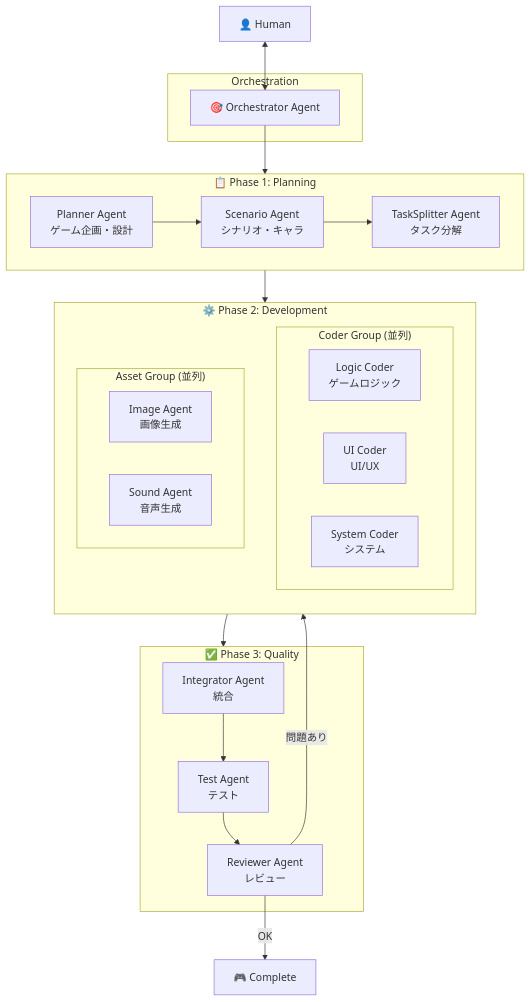
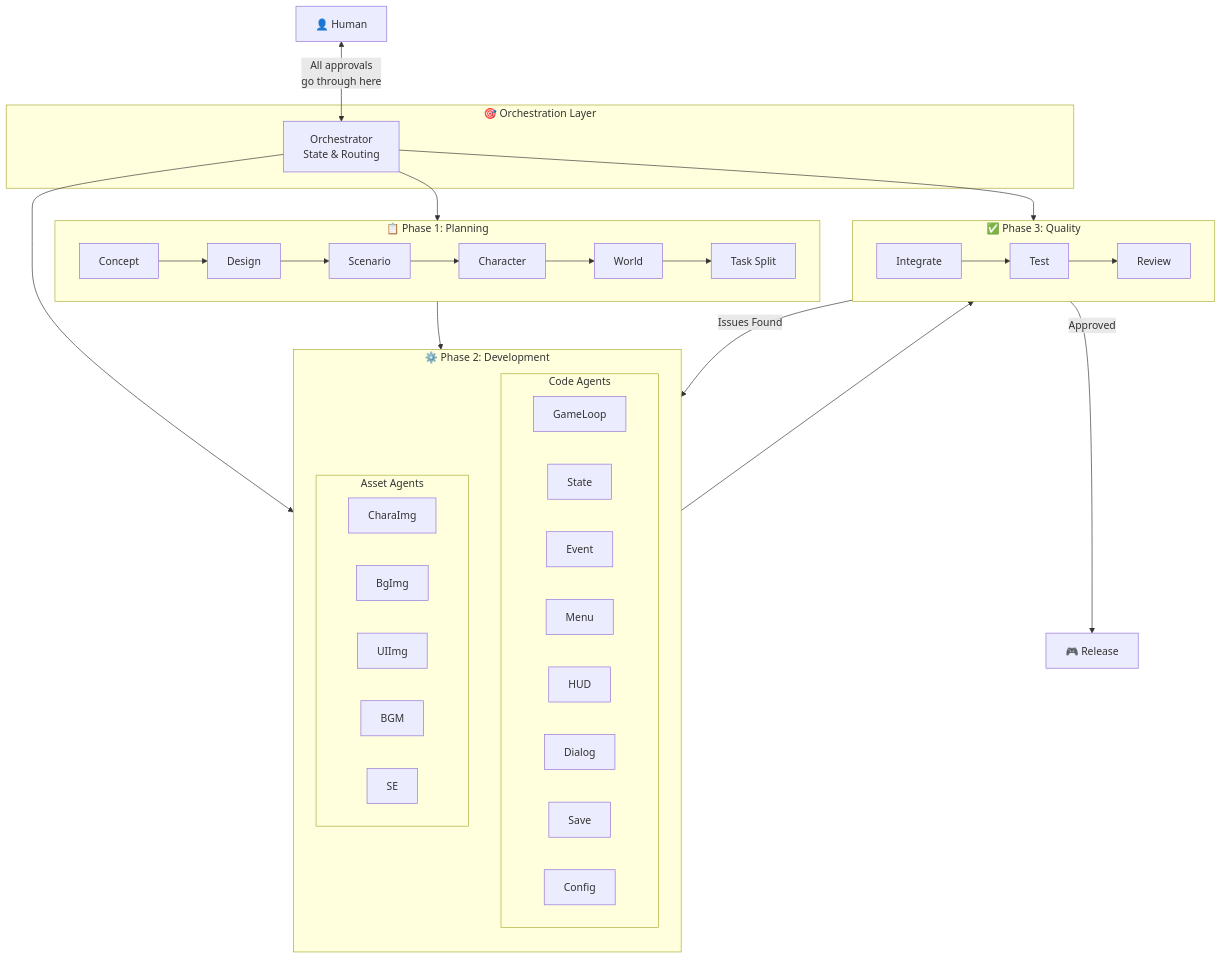
The first of 7 diagrams in langgraph/ARCHITECTURE.md (new-sankaku/toybox), drawn with Mermaid before and after one commit. The commit also changed other lines of this file, not shown here.

First line of the commit message:
Refine LangGraph architecture with fine-grained agents and explicit human checkpoints

````diff
--- a/langgraph/ARCHITECTURE.md
+++ b/langgraph/ARCHITECTURE.md
@@ -5,48 +21,50 @@
 ```mermaid
 flowchart TB
     Human["👤 Human"]
 
-    subgraph Orchestration
-        Orch["🎯 Orchestrator Agent"]
+    subgraph Orchestration["🎯 Orchestration Layer"]
+        Orch["Orchestrator<br/>State & Routing"]
     end
 
-    Human <--> Orch
+    Human <-->|"All approvals<br/>go through here"| Orch
+
+    Orch --> Phase1
+    Orch --> Phase2
+    Orch --> Phase3
 
     subgraph Phase1["📋 Phase 1: Planning"]
-        Planner["Planner Agent<br/>ゲーム企画・設計"]
-        Scenario["Scenario Agent<br/>シナリオ・キャラ"]
-        TaskSplitter["TaskSplitter Agent<br/>タスク分解"]
-
-        Planner --> Scenario --> TaskSplitter
+        direction LR
+        P1["Concept"] --> P2["Design"] --> P3["Scenario"] --> P4["Character"] --> P5["World"] --> P6["Task Split"]
     end
 
     subgraph Phase2["⚙️ Phase 2: Development"]
         direction TB
-
-        subgraph Coders["Coder Group (並列)"]
-            Logic["Logic Coder<br/>ゲームロジック"]
-            UI["UI Coder<br/>UI/UX"]
-            System["System Coder<br/>システム"]
+        subgraph CodeGroup["Code Agents"]
+            C1["GameLoop"]
+            C2["State"]
+            C3["Event"]
+            C4["Menu"]
+            C5["HUD"]
+            C6["Dialog"]
+            C7["Save"]
+            C8["Config"]
         end
-
-        subgraph Assets["Asset Group (並列)"]
-            Image["Image Agent<br/>画像生成"]
-            Sound["Sound Agent<br/>音声生成"]
+        subgraph AssetGroup["Asset Agents"]
+            A1["CharaImg"]
+            A2["BgImg"]
+            A3["UIImg"]
+            A4["BGM"]
+            A5["SE"]
         end
     end
 
     subgraph Phase3["✅ Phase 3: Quality"]
-        Integrator["Integrator Agent<br/>統合"]
-        Test["Test Agent<br/>テスト"]
-        Reviewer["Reviewer Agent<br/>レビュー"]
-
-        Integrator --> Test --> Reviewer
+        direction LR
+        Q1["Integrate"] --> Q2["Test"] --> Q3["Review"]
     end
 
-    Orch --> Phase1
     Phase1 --> Phase2
     Phase2 --> Phase3
-
-    Reviewer -->|"問題あり"| Phase2
-    Reviewer -->|"OK"| Done["🎮 Complete"]
+    Phase3 -->|"Issues Found"| Phase2
+    Phase3 -->|"Approved"| Done["🎮 Release"]
 ```
````
